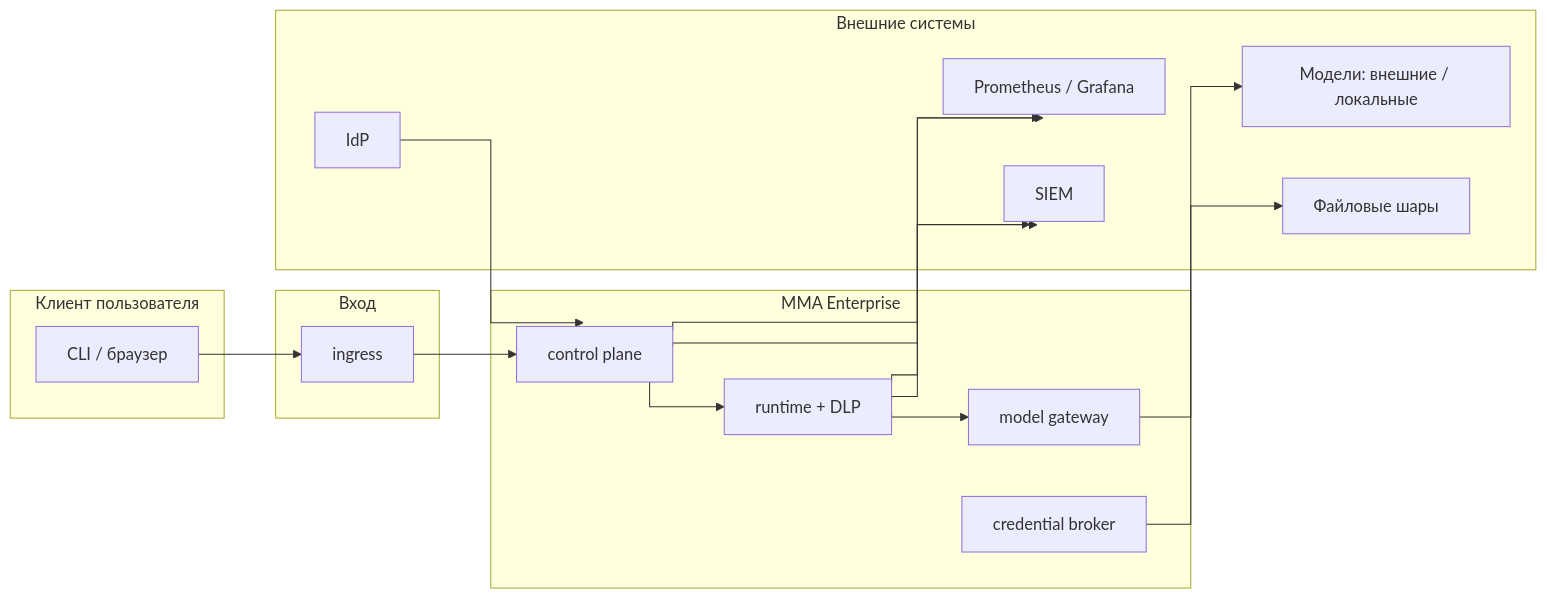
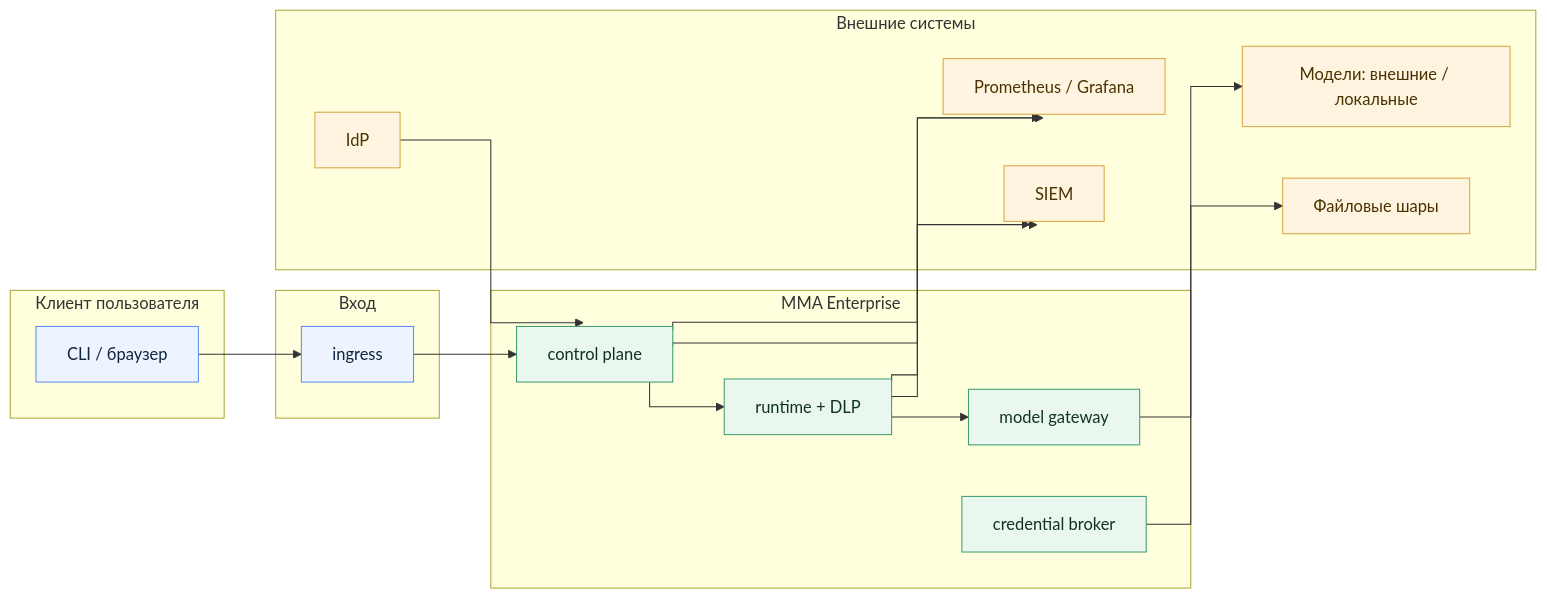
Before and after one commit to Alexeykoh/micro-model-agent: the third of 3 diagrams in docs/ideas/2026-11-09-mma-enterprise-separate-version.md, drawn with Mermaid. The commit also changed other lines of this file, not shown here.

Commit message:
docs(ideas): redraw enterprise diagrams as styled mermaid

````diff
--- a/docs/ideas/2026-11-09-mma-enterprise-separate-version.md
+++ b/docs/ideas/2026-11-09-mma-enterprise-separate-version.md
@@ -462,38 +493,45 @@
 ```mermaid
 %%{init: {'flowchart': {'curve': 'stepBefore', 'htmlLabels': true}}}%%
 flowchart LR
     subgraph CLIENT["Клиент пользователя"]
         CLI["CLI / браузер"]
     end
 
     subgraph EDGE["Вход"]
         ING["ingress"]
     end
 
     subgraph CORE["MMA Enterprise"]
         CTRL["control plane"]
         RUN["runtime + DLP"]
         GW["model gateway"]
         BROKER["credential broker"]
     end
 
     subgraph OUT["Внешние системы"]
         IDP["IdP"]
         MODEL["Модели: внешние / локальные"]
         SHARE["Файловые шары"]
         SIEM["SIEM"]
         MON["Prometheus / Grafana"]
     end
 
     CLI --> ING
     ING --> CTRL
     CTRL --> RUN
     IDP --> CTRL
     RUN --> GW
     GW --> MODEL
     BROKER --> SHARE
     RUN --> SIEM
     CTRL --> SIEM
     RUN --> MON
     CTRL --> MON
+
+    classDef client fill:#eef4ff,stroke:#5b8def,color:#10233f;
+    classDef core fill:#eaf7ee,stroke:#3d9d6b,color:#10331f;
+    classDef out fill:#fff4e0,stroke:#d9a441,color:#4a3200;
+    class CLI,ING client;
+    class CTRL,RUN,GW,BROKER core;
+    class IDP,MODEL,SHARE,SIEM,MON out;
 ```
````
